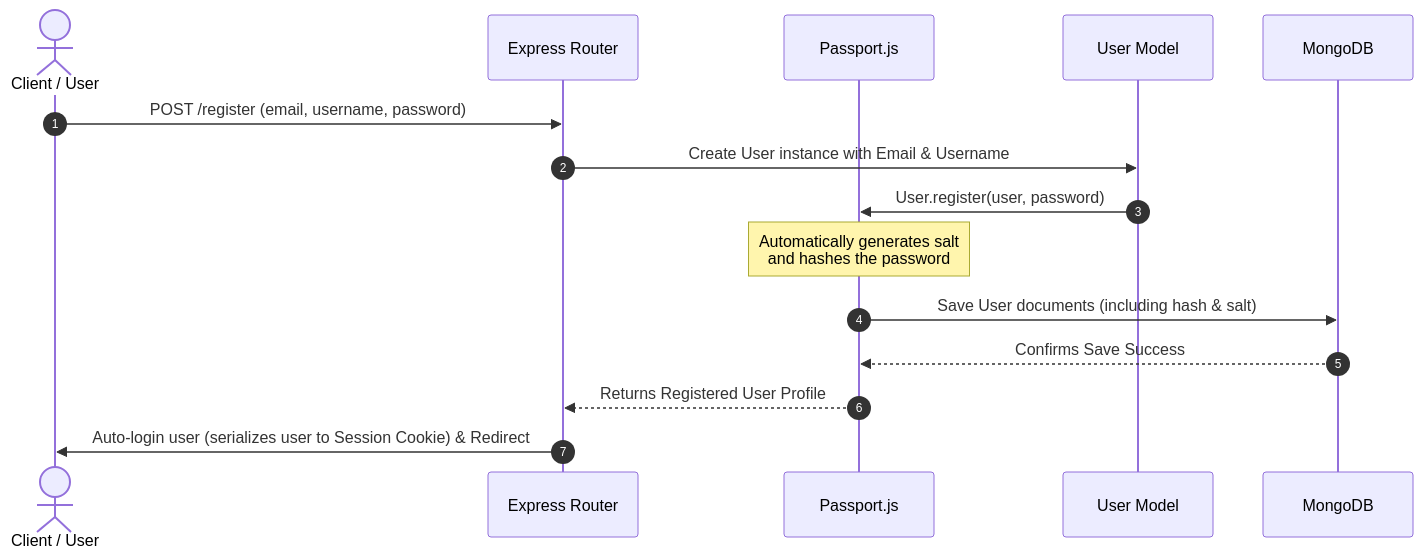
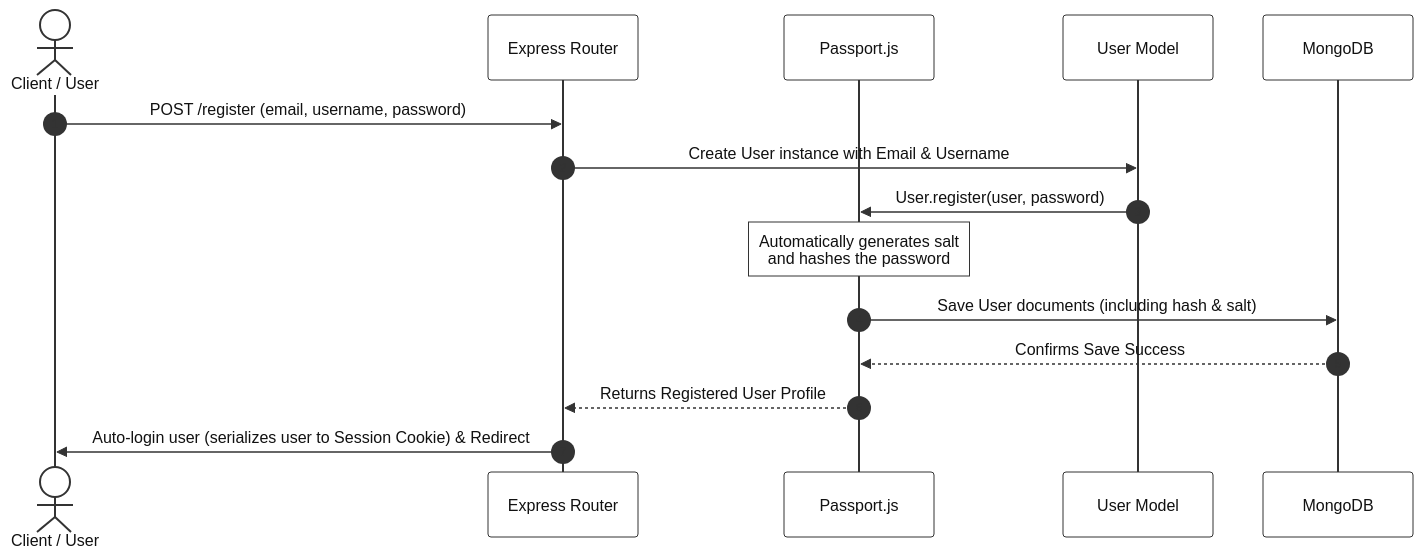
The third of 6 diagrams in PROJECT_ARCHITECTURE.md (fearlessfreakk/yelpCamp---Learn-WebDev), drawn with Mermaid before and after one commit. The commit also changed other lines of this file, not shown here.

Commit message:
Set white background and increase font size for all architecture diagrams

````diff
--- a/PROJECT_ARCHITECTURE.md
+++ b/PROJECT_ARCHITECTURE.md
@@ -190,18 +192,19 @@
 ```mermaid
+%%{init: {'theme': 'base', 'themeVariables': {'fontSize': '16px', 'fontFamily': 'Arial, sans-serif', 'actorBkg': '#ffffff', 'actorBorder': '#333333', 'actorTextColor': '#111111', 'actorLineColor': '#333333', 'signalColor': '#333333', 'signalTextColor': '#111111', 'labelBoxBkgColor': '#ffffff', 'labelBoxBorderColor': '#333333', 'labelTextColor': '#111111', 'loopTextColor': '#111111', 'noteBkgColor': '#ffffff', 'noteBorderColor': '#333333', 'noteTextColor': '#111111', 'activationBkgColor': '#ffffff', 'activationBorderColor': '#333333', 'sequenceNumberColor': '#333333'}}}%%
 sequenceDiagram
     autonumber
     actor User as Client / User
     participant Router as Express Router
     participant Passport as Passport.js
     participant Model as User Model
     participant DB as MongoDB
 
     User->>Router: POST /register (email, username, password)
     Router->>Model: Create User instance with Email & Username
     Model->>Passport: User.register(user, password)
     Note over Passport: Automatically generates salt<br/>and hashes the password
     Passport->>DB: Save User documents (including hash & salt)
     DB-->>Passport: Confirms Save Success
     Passport-->>Router: Returns Registered User Profile
     Router->>User: Auto-login user (serializes user to Session Cookie) & Redirect
 ```
````
